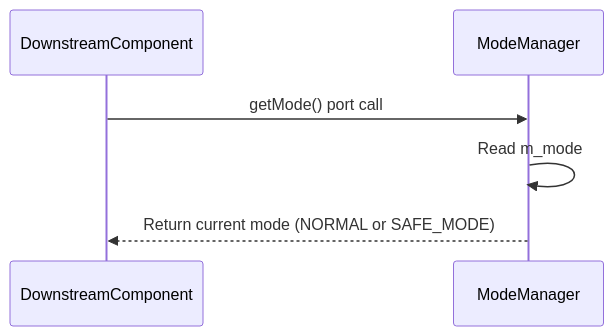
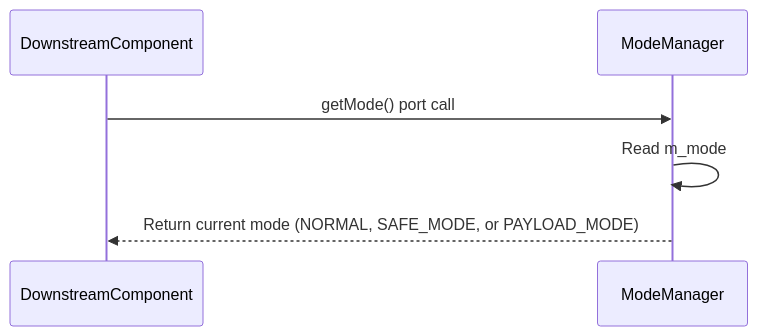
The seventh of 8 diagrams in FprimeZephyrReference/Components/ModeManager/docs/sdd.md (Open-Source-Space-Foundation/proves-core-reference), drawn with Mermaid before and after one commit. The commit also changed other lines of this file, not shown here.

````diff
--- a/FprimeZephyrReference/Components/ModeManager/docs/sdd.md
+++ b/FprimeZephyrReference/Components/ModeManager/docs/sdd.md
@@ -207,9 +286,9 @@
 ```mermaid
 sequenceDiagram
     participant DownstreamComponent
     participant ModeManager
 
     DownstreamComponent->>ModeManager: getMode() port call
     ModeManager->>ModeManager: Read m_mode
-    ModeManager-->>DownstreamComponent: Return current mode (NORMAL or SAFE_MODE)
+    ModeManager-->>DownstreamComponent: Return current mode (NORMAL, SAFE_MODE, or PAYLOAD_MODE)
 ```
````
